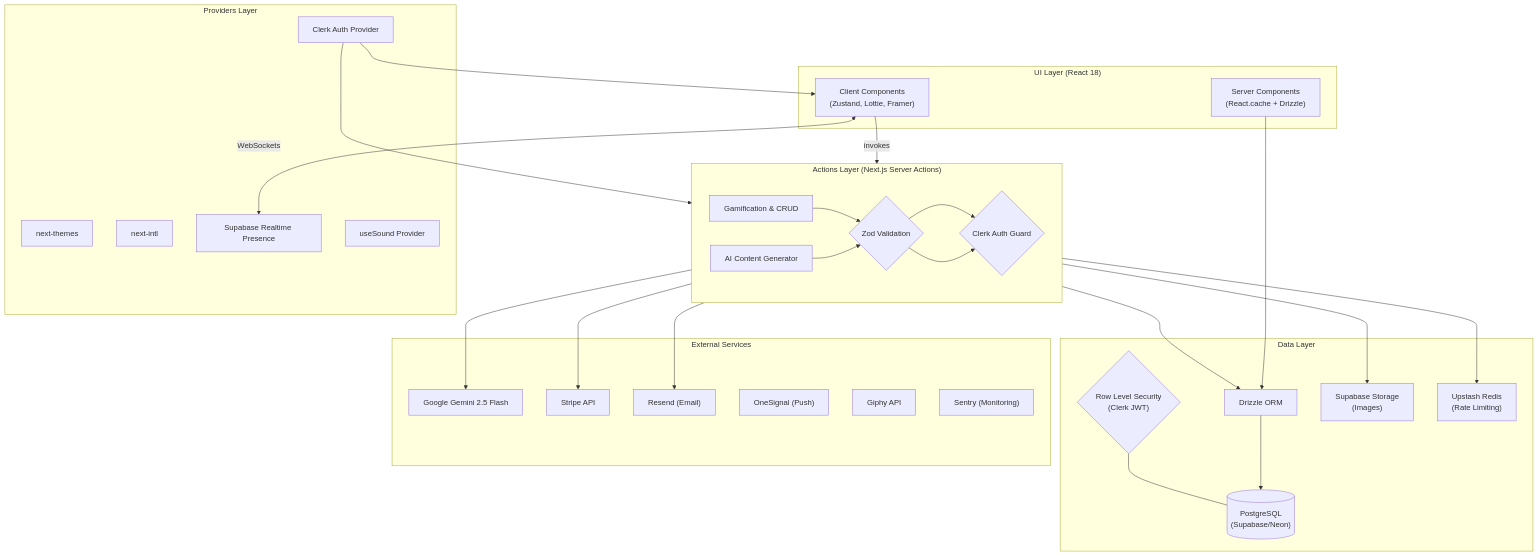
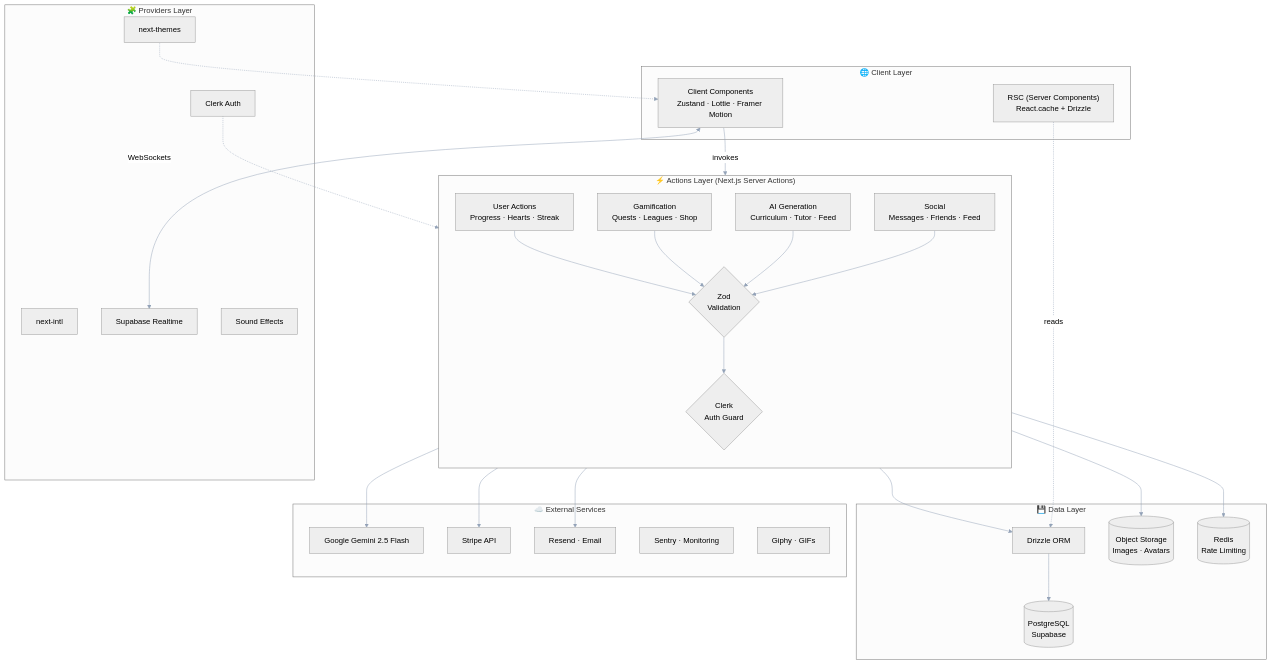
One commit to imperador1k/faro changed the first of 3 diagrams in ARCHITECTURE.md. Above: the diagram before and after it, drawn with Mermaid. The commit also changed other lines of this file and 55 other files, not shown here.

````diff
--- a/ARCHITECTURE.md
+++ b/ARCHITECTURE.md
@@ -27,55 +27,66 @@
 ```mermaid
-flowchart TD
-    subgraph UI ["UI Layer (React 18)"]
-        RSC["Server Components<br/>(React.cache + Drizzle)"]
-        Client["Client Components<br/>(Zustand, Lottie, Framer)"]
+%%{init: {'theme': 'neutral', 'themeVariables': { 'primaryColor': '#58CC02', 'primaryTextColor': '#000', 'primaryBorderColor': '#46a302', 'lineColor': '#94a3b8', 'tertiaryColor': '#f0f8e2'}}}%%
+flowchart TB
+    classDef ui fill:#ddf4ff,stroke:#1899d6,stroke-width:2px,color:#1e293b
+    classDef action fill:#f0f8e2,stroke:#58cc02,stroke-width:2px,color:#1e293b
+    classDef provider fill:#fef3c7,stroke:#f59e0b,stroke-width:2px,color:#1e293b
+    classDef data fill:#ede9fe,stroke:#8b5cf6,stroke-width:2px,color:#1e293b
+    classDef external fill:#ffe4e6,stroke:#ff4b4b,stroke-width:2px,color:#1e293b
+    classDef gateway fill:#fff,stroke:#94a3b8,stroke-width:2px,stroke-dasharray:5,color:#1e293b
+
+    subgraph ClientLayer ["🌐 Client Layer"]
+        RSC["RSC (Server Components)<br/>React.cache + Drizzle"]
+        Client["Client Components<br/>Zustand · Lottie · Framer Motion"]
     end
 
-    subgraph Actions ["Actions Layer (Next.js Server Actions)"]
-        Mutation["Gamification & CRUD"]
-        AIx["AI Content Generator"]
-        Zod{"Zod Validation"}
-        Auth{"Clerk Auth Guard"}
-        Mutation --> Zod --> Auth
-        AIx --> Zod --> Auth
+    subgraph ActionsLayer ["⚡ Actions Layer (Next.js Server Actions)"]
+        direction TB
+        User["User Actions<br/>Progress · Hearts · Streak"]
+        Gamification["Gamification<br/>Quests · Leagues · Shop"]
+        AI["AI Generation<br/>Curriculum · Tutor · Feed"]
+        Social["Social<br/>Messages · Friends · Feed"]
+        Zod{"Zod<br/>Validation"}
+        Auth{"Clerk<br/>Auth Guard"}
+
+        User & Gamification & AI & Social --> Zod --> Auth
     end
 
-    subgraph Providers ["Providers Layer"]
-        Clerk["Clerk Auth Provider"]
+    subgraph ProvidersLayer ["🧩 Providers Layer"]
+        Clerk["Clerk Auth"]
         Theme["next-themes"]
         i18n["next-intl"]
-        Presence["Supabase Realtime Presence"]
-        Sounds["useSound Provider"]
+        Presence["Supabase Realtime"]
+        Sounds["Sound Effects"]
     end
 
-    subgraph Data ["Data Layer"]
+    subgraph DataLayer ["💾 Data Layer"]
         Drizzle["Drizzle ORM"]
-        DB[("PostgreSQL<br/>(Supabase/Neon)")]
-        RLS{"Row Level Security<br/>(Clerk JWT)"}
-        Storage["Supabase Storage<br/>(Images)"]
-        Redis["Upstash Redis<br/>(Rate Limiting)"]
+        DB[("PostgreSQL<br/>Supabase")]
+        Storage[("Object Storage<br/>Images · Avatars")]
+        Redis[("Redis<br/>Rate Limiting")]
     end
 
-    subgraph External ["External Services"]
+    subgraph ExternalLayer ["☁️ External Services"]
         Gemini["Google Gemini 2.5 Flash"]
-        StripeAPI["Stripe API"]
-        Resend["Resend (Email)"]
-        OneSignal["OneSignal (Push)"]
-        Giphy["Giphy API"]
-        Sentry["Sentry (Monitoring)"]
+        Stripe["Stripe API"]
+        Resend["Resend · Email"]
+        Sentry["Sentry · Monitoring"]
+        Giphy["Giphy · GIFs"]
     end
 
-    RSC --> Drizzle
-    Client -->|invokes| Actions
+    RSC -.->|reads| Drizzle
+    Client -->|invokes| ActionsLayer
     Client <-->|WebSockets| Presence
-    Actions --> Drizzle
-    Actions --> Gemini
-    Actions --> Storage
-    Actions --> StripeAPI
-    Actions --> Resend
-    Actions --> Redis
+    ActionsLayer --> Drizzle
+    ActionsLayer --> Gemini
+    ActionsLayer --> Storage
+    ActionsLayer --> Stripe
+    ActionsLayer --> Resend
+    ActionsLayer --> Redis
     Drizzle --> DB
-    RLS --- DB
-    Clerk --> Client
-    Clerk --> Actions
+    Theme -.-> Client
+    Clerk -.-> ActionsLayer
+
+    click RSC "https://github.com/imperador1k/myduolingo/tree/main/src/app"
+    click Client "https://github.com/imperador1k/myduolingo/tree/main/src/components"
 ```
````
